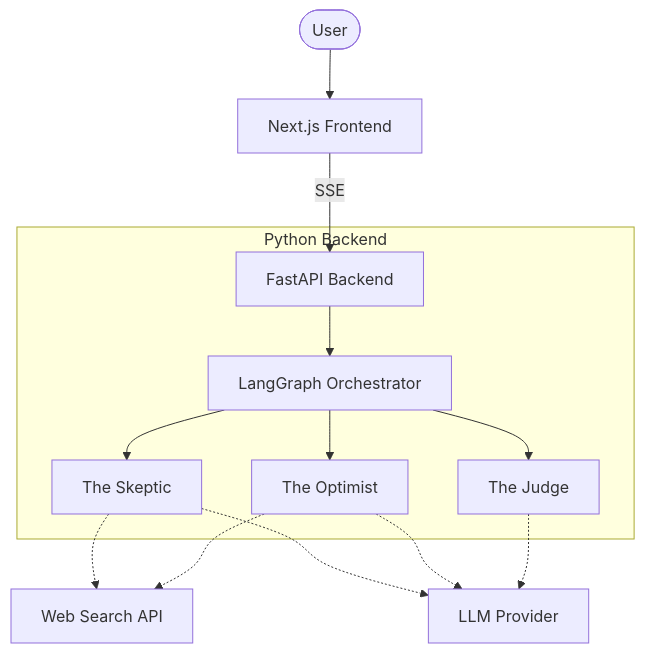
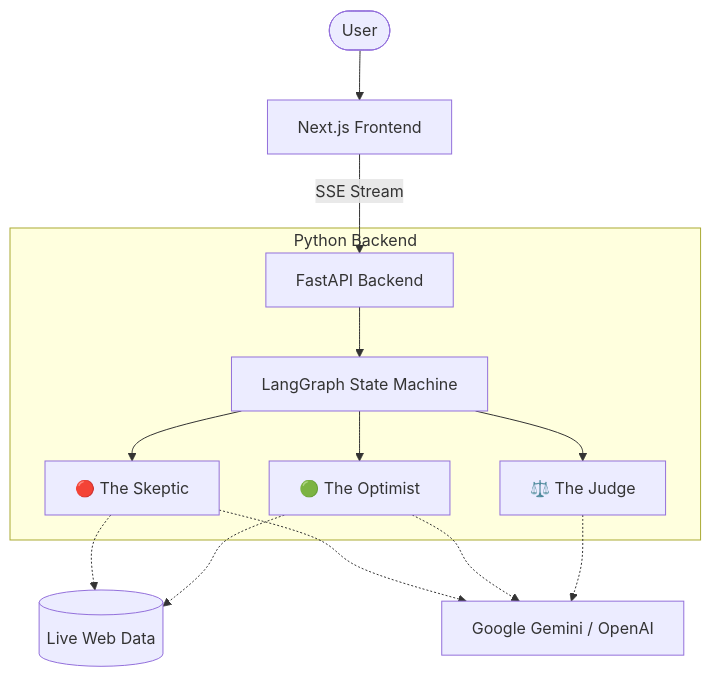
Before and after one commit to kamalesh404/Agentic-discourse: the diagram in README.md, drawn with Mermaid. The commit also changed other lines of this file and 6 other files, not shown here.

````diff
--- a/README.md
+++ b/README.md
@@ -22,19 +52,19 @@
 ```mermaid
 flowchart TD
     User([User]) --> UI[Next.js Frontend]
-    UI -- SSE --> API[FastAPI Backend]
+    UI -- SSE Stream --> API[FastAPI Backend]
     
-    subgraph Backend [Python Backend]
-        API --> LG[LangGraph Orchestrator]
-        LG --> Agent1[The Skeptic]
-        LG --> Agent2[The Optimist]
-        LG --> Agent3[The Judge]
+    subgraph Multi-Agent Orchestration [Python Backend]
+        API --> LG[LangGraph State Machine]
+        LG --> Agent1[🔴 The Skeptic]
+        LG --> Agent2[🟢 The Optimist]
+        LG --> Agent3[⚖️ The Judge]
     end
     
-    Agent1 -.-> WebSearch[Web Search API]
+    Agent1 -.-> WebSearch[(Live Web Data)]
     Agent2 -.-> WebSearch
     
-    Agent1 -.-> LLM[LLM Provider]
+    Agent1 -.-> LLM[Google Gemini / OpenAI]
     Agent2 -.-> LLM
     Agent3 -.-> LLM
 ```
````
